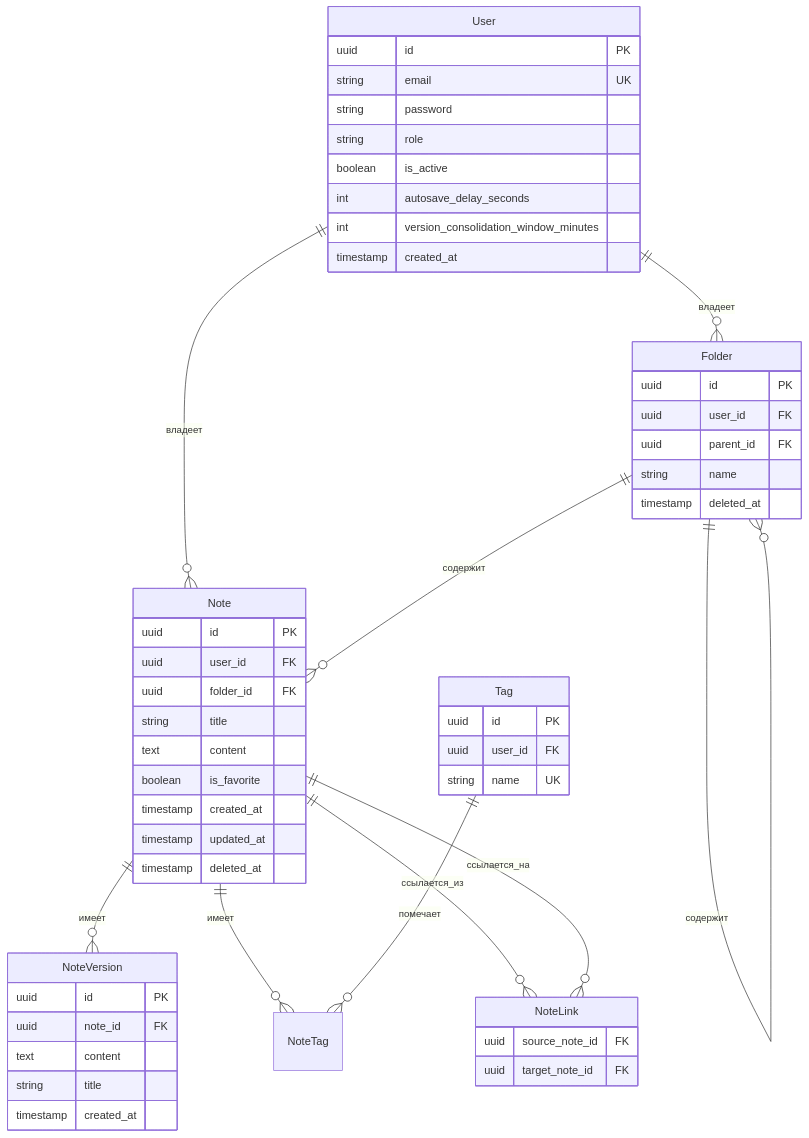
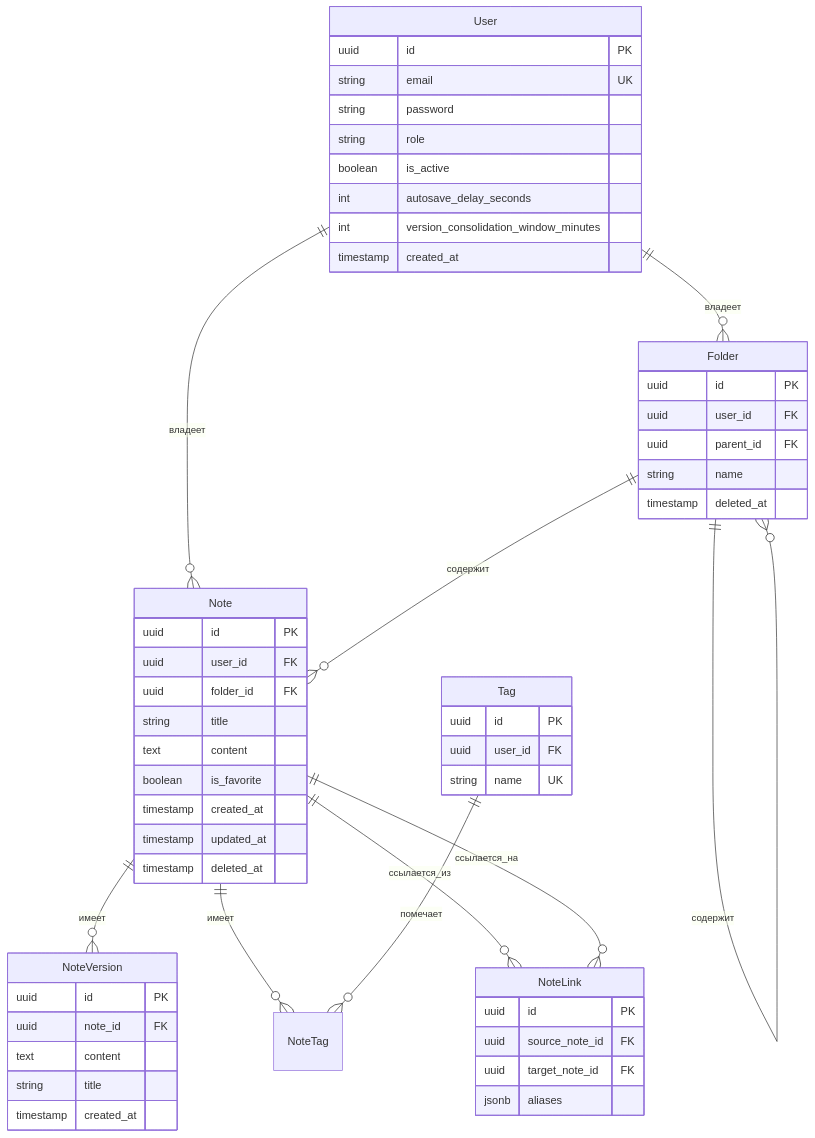
One commit to anton-test-otus/otus-ai-app changed the second of 3 diagrams in ARCHITECTURE.md. Above: the diagram before and after it, drawn with Mermaid. The commit also changed other lines of this file and 7 other files, not shown here.

````diff
--- a/ARCHITECTURE.md
+++ b/ARCHITECTURE.md
@@ -63,62 +63,64 @@
 ```mermaid
 erDiagram
     User ||--o{ Note : владеет
     User ||--o{ Folder : владеет
     Folder ||--o{ Folder : содержит
     Folder ||--o{ Note : содержит
     Note ||--o{ NoteVersion : имеет
     Note ||--o{ NoteTag : имеет
     Tag ||--o{ NoteTag : помечает
     Note ||--o{ NoteLink : ссылается_из
     Note ||--o{ NoteLink : ссылается_на
 
     User {
         uuid id PK
         string email UK
         string password
         string role
         boolean is_active
         int autosave_delay_seconds
         int version_consolidation_window_minutes
         timestamp created_at
     }
     
     Folder {
         uuid id PK
         uuid user_id FK
         uuid parent_id FK
         string name
         timestamp deleted_at
     }
     
     Note {
         uuid id PK
         uuid user_id FK
         uuid folder_id FK
         string title
         text content
         boolean is_favorite
         timestamp created_at
         timestamp updated_at
         timestamp deleted_at
     }
     
     NoteVersion {
         uuid id PK
         uuid note_id FK
         text content
         string title
         timestamp created_at
     }
     
     Tag {
         uuid id PK
         uuid user_id FK
         string name UK
     }
     
     NoteLink {
+        uuid id PK
         uuid source_note_id FK
         uuid target_note_id FK
+        jsonb aliases
     }
 ```
````
